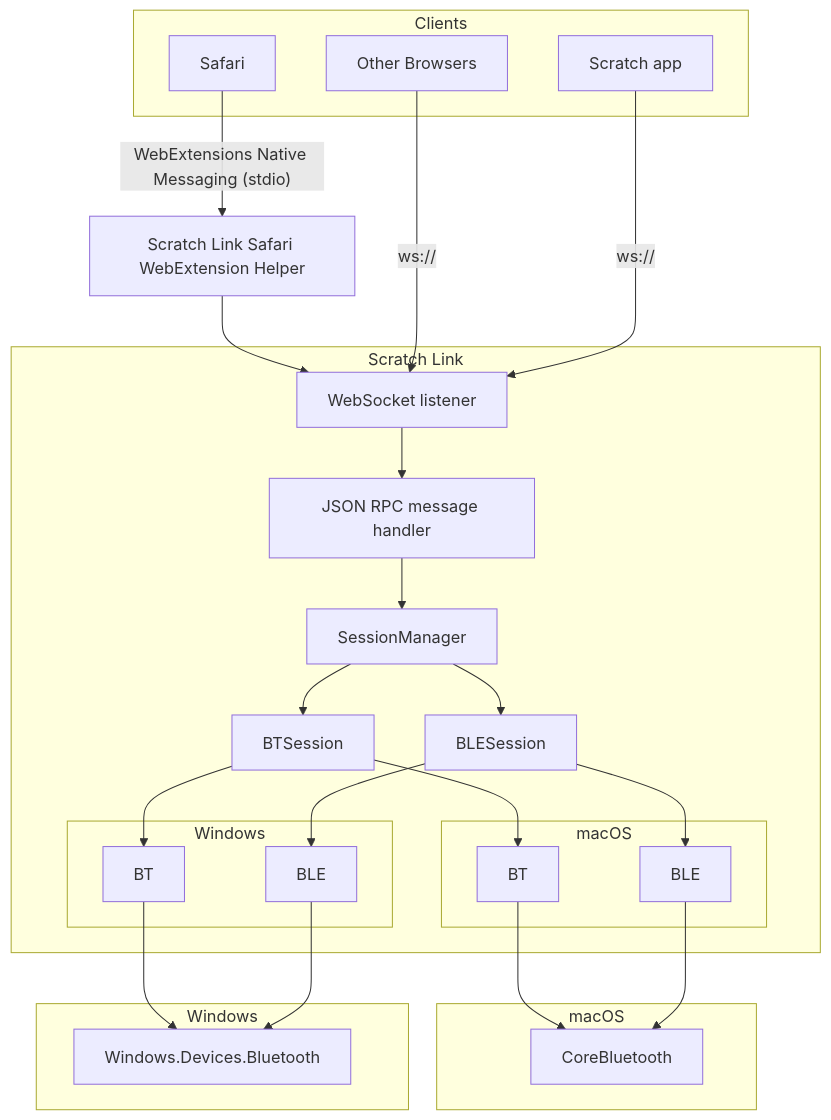
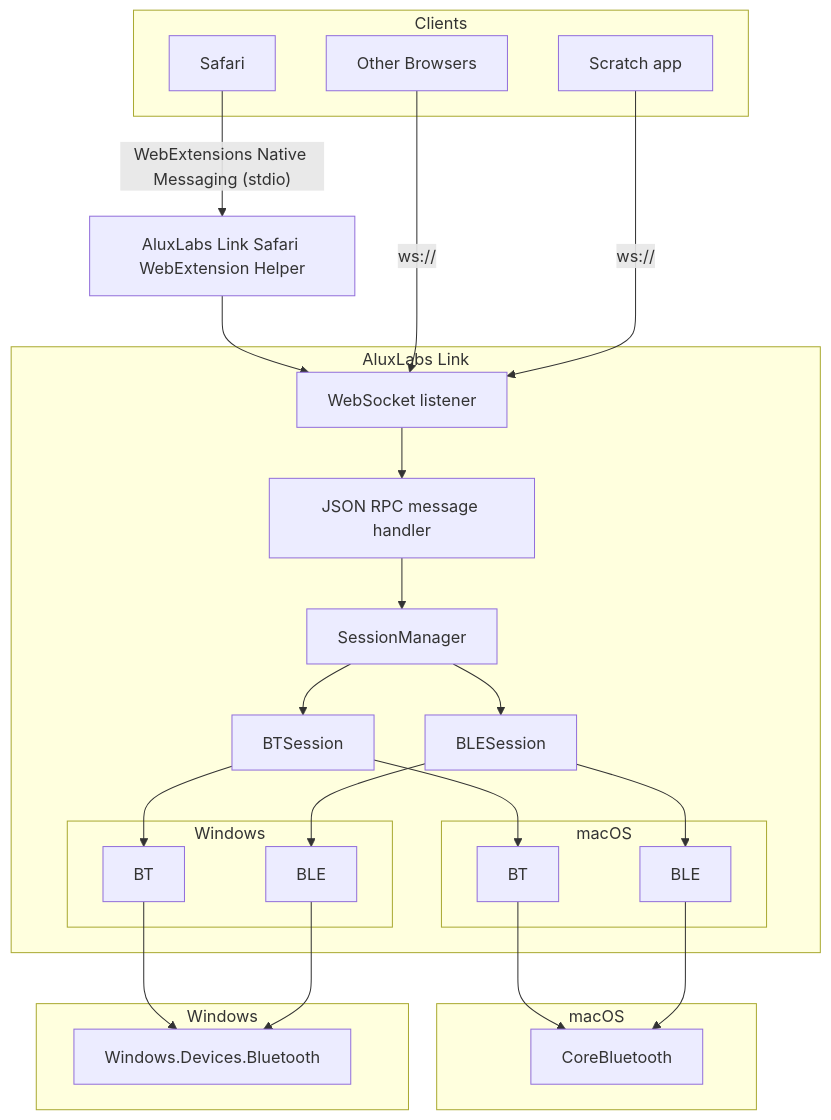
The first of 2 diagrams in Documentation/Architecture.md (scratchfoundation/scratch-link), drawn with Mermaid before and after one commit. The commit also changed other lines of this file and 4 other files, not shown here.

````diff
--- a/Documentation/Architecture.md
+++ b/Documentation/Architecture.md
@@ -55,47 +55,47 @@
 ```mermaid
 graph TD;
 subgraph Clients
     Safari
     Browsers["Other Browsers"]
     App["Scratch app"]
 end
-SafariHelper["Scratch Link Safari WebExtension Helper"]
-subgraph "Scratch Link"
+SafariHelper["AluxLabs Link Safari WebExtension Helper"]
+subgraph "AluxLabs Link"
     WebSocket["WebSocket listener"]
     RPC["JSON RPC message handler"]
     SessionManager
     BTSession
     BLESession
     subgraph " macOS "
         MacBT["BT"]
         MacBLE["BLE"]
     end
     subgraph " Windows "
         WinBT["BT"]
         WinBLE["BLE"]
     end
 end
 subgraph "macOS"
     CoreBluetooth
 end
 subgraph "Windows"
     Windows.Devices.Bluetooth
 end
 
 Safari -- "WebExtensions Native Messaging (stdio)" --> SafariHelper
 SafariHelper --> WebSocket
 Browsers -- "ws://" --> WebSocket
 App -- "ws://" --> WebSocket
 WebSocket --> RPC
 RPC --> SessionManager
 SessionManager --> BTSession
 SessionManager --> BLESession
 BTSession --> MacBT
 BLESession --> MacBLE
 BTSession --> WinBT
 BLESession --> WinBLE
 MacBT --> CoreBluetooth
 MacBLE --> CoreBluetooth
 WinBT --> Windows.Devices.Bluetooth
 WinBLE --> Windows.Devices.Bluetooth
 ```
````
